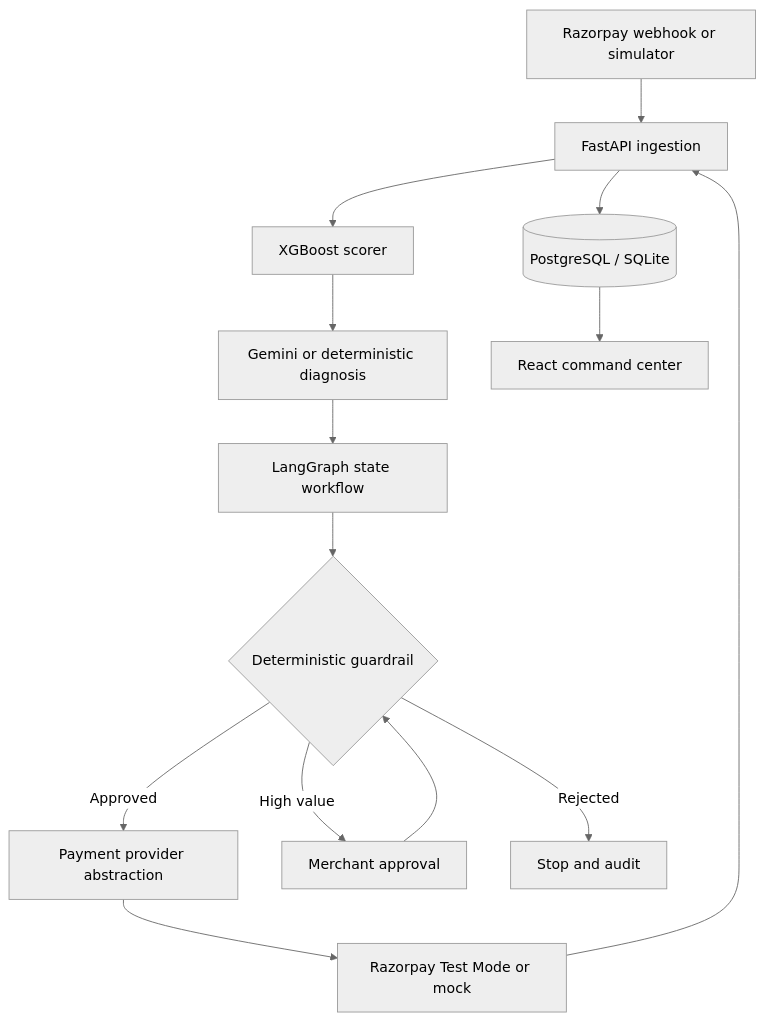
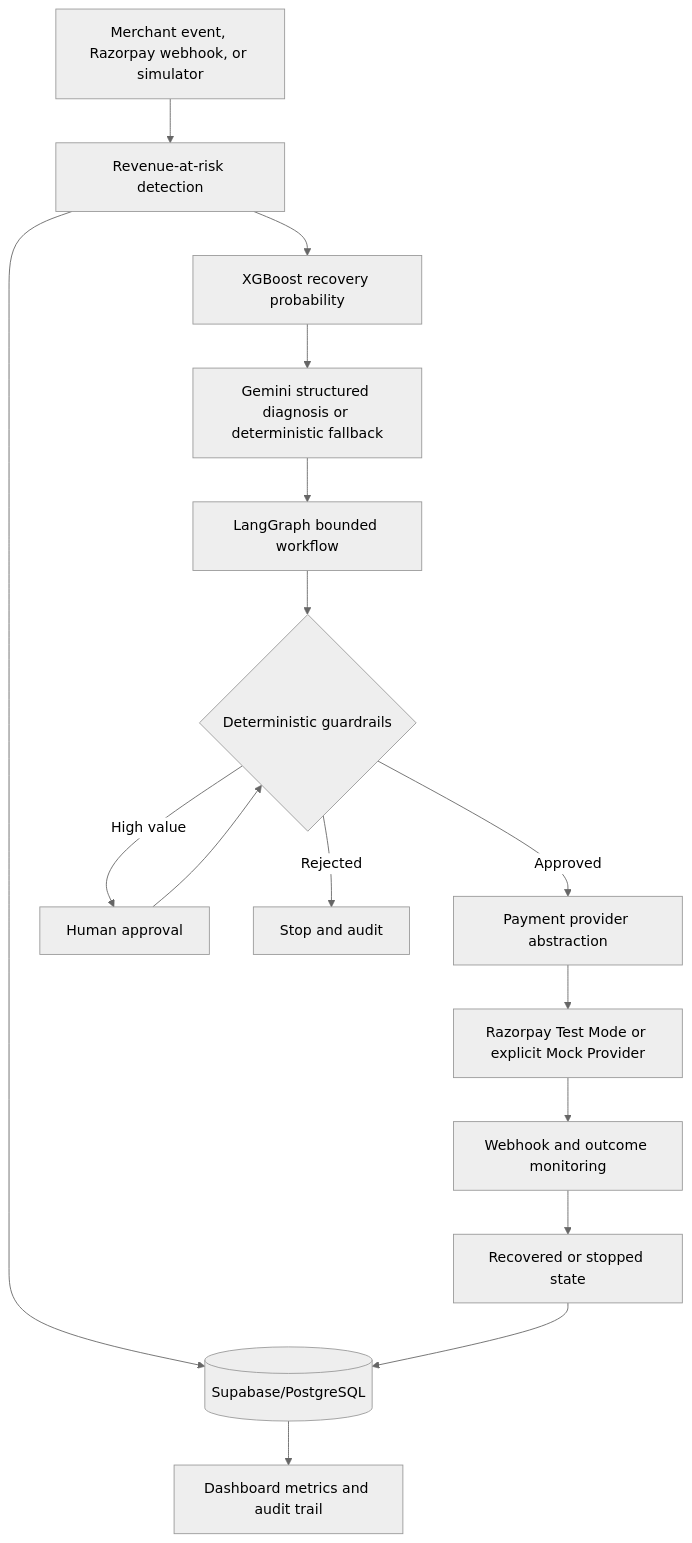
The first of 4 diagrams in docs/architecture.md (Samiabdus786/RecoverIQ), drawn with Mermaid (neutral theme) before and after one commit. The commit also changed other lines of this file and 9 other files, not shown here.

Commit message:
Update RecoverIQ documentation for final architecture

````diff
--- a/docs/architecture.md
+++ b/docs/architecture.md
@@ -5,16 +5,18 @@
 ```mermaid
 flowchart TB
-    A[Razorpay webhook or simulator] --> B[FastAPI ingestion]
-    B --> C[(PostgreSQL / SQLite)]
-    B --> D[XGBoost scorer]
-    D --> E[Gemini or deterministic diagnosis]
-    E --> F[LangGraph state workflow]
-    F --> G{Deterministic guardrail}
+    A[Merchant event, Razorpay webhook, or simulator] --> B[Revenue-at-risk detection]
+    B --> C[(Supabase/PostgreSQL)]
+    B --> D[XGBoost recovery probability]
+    D --> E[Gemini structured diagnosis or deterministic fallback]
+    E --> F[LangGraph bounded workflow]
+    F --> G{Deterministic guardrails}
     G -->|Approved| H[Payment provider abstraction]
-    G -->|High value| I[Merchant approval]
+    G -->|High value| I[Human approval]
     G -->|Rejected| J[Stop and audit]
     I --> G
-    H --> K[Razorpay Test Mode or mock]
-    K --> B
-    C --> L[React command center]
+    H --> K[Razorpay Test Mode or explicit Mock Provider]
+    K --> L[Webhook and outcome monitoring]
+    L --> M[Recovered or stopped state]
+    M --> C
+    C --> N[Dashboard metrics and audit trail]
 ```
````
